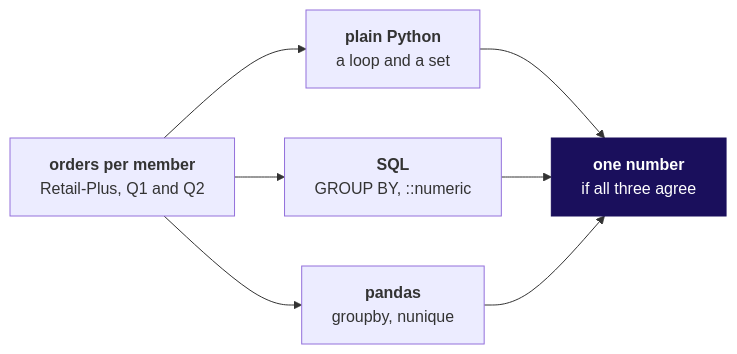
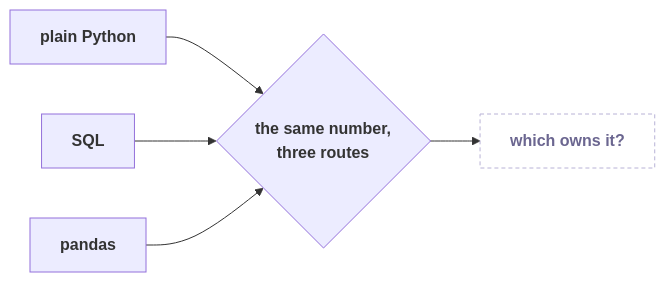
Before and after one commit to fde-academy-lab/c2-content-factory: the sixth of 9 diagrams in content/W02/D4/slides/C2_W02_D04_half2_STUDENT.md, drawn with Mermaid. The commit also changed other lines of this file and 9 other files, not shown here.

````diff
--- a/content/W02/D4/slides/C2_W02_D04_half2_STUDENT.md
+++ b/content/W02/D4/slides/C2_W02_D04_half2_STUDENT.md
@@ -169,11 +504,9 @@
 ```mermaid
 flowchart LR
-    Q["<b>orders per member</b><br/>Retail-Plus, Q1 and Q2"] --> P["<b>plain Python</b><br/>a loop and a set"]
-    Q --> S["<b>SQL</b><br/>GROUP BY, ::numeric"]
-    Q --> D["<b>pandas</b><br/>groupby, nunique"]
-    P --> A["<b>one number</b><br/>if all three agree"]
-    S --> A
-    D --> A
-    classDef bet fill:#1A0F5C,stroke:#1A0F5C,color:#FFFFFF
-    class A bet
+    P["<b>plain Python</b>"] --> N{"<b>the same number,<br/>three routes</b>"}
+    S["<b>SQL</b>"] --> N
+    D["<b>pandas</b>"] --> N
+    N --> O["<b>which owns it?</b>"]
+    classDef unknown fill:#FFFFFF,stroke:#B8B2D6,color:#6B6690,stroke-dasharray:4 3
+    class O unknown
 ```
````
